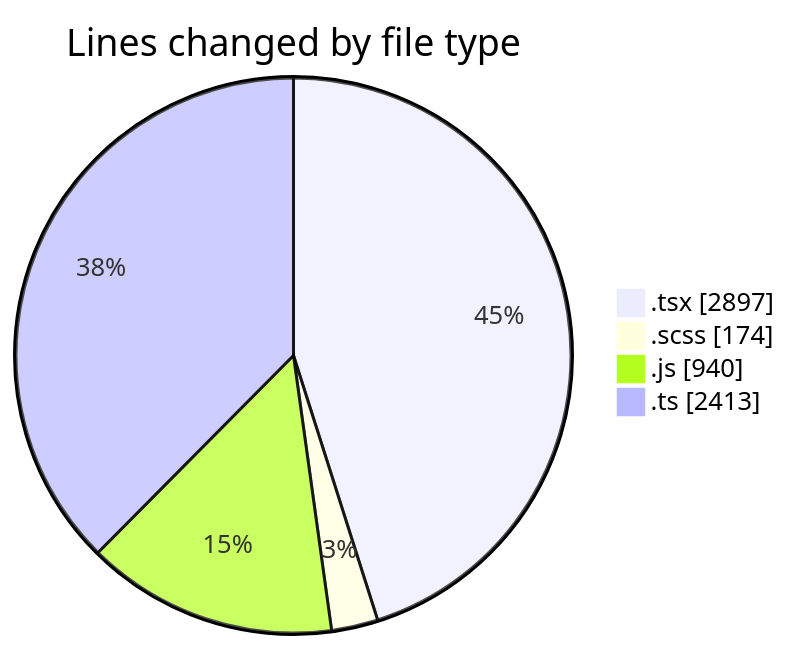
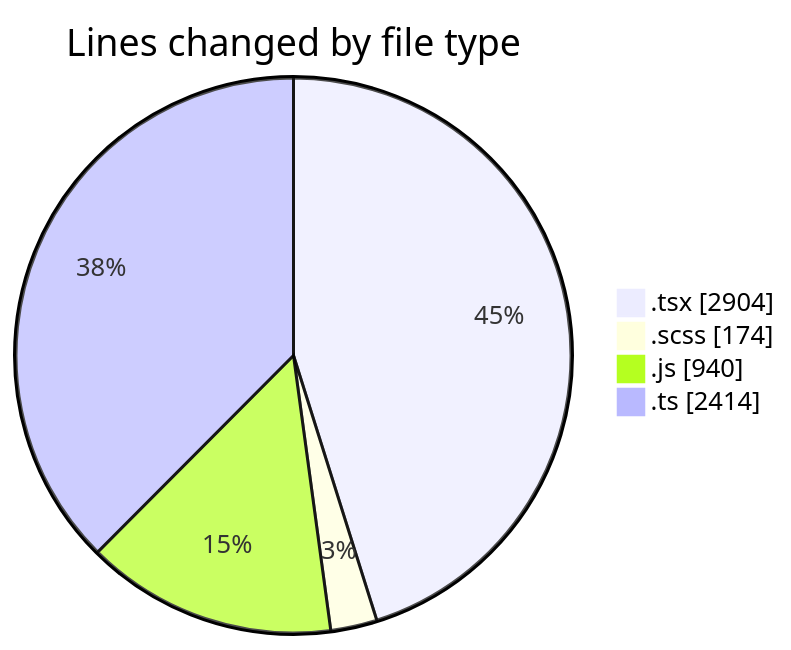
The first of 2 diagrams in 2026-07-15/cda/README.md (momahboobian/code-tracking), drawn with Mermaid before and after one commit. The commit also changed other lines of this file and 1 other file, not shown here.

````diff
--- a/2026-07-15/cda/README.md
+++ b/2026-07-15/cda/README.md
@@ -51,8 +51,8 @@
 ```mermaid
 pie showData
 title Lines changed by file type
-".tsx" : 2897
+".tsx" : 2904
 ".scss" : 174
 ".js" : 940
-".ts" : 2413
+".ts" : 2414
 ```
````
